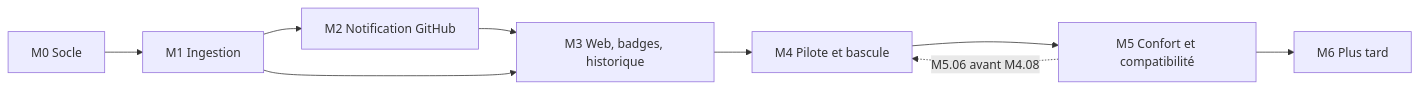
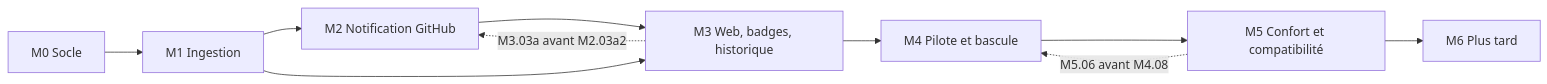
One commit to gaetanthouvenin/code-coverage changed the first of 6 diagrams in docs/PLAN.md. Above: the diagram before and after it, drawn with Mermaid. The commit also changed other lines of this file and 3 other files, not shown here.

````diff
--- a/docs/PLAN.md
+++ b/docs/PLAN.md
@@ -111,11 +117,12 @@
 ```mermaid
 graph LR
   M0["M0 Socle"] --> M1["M1 Ingestion"]
   M1 --> M2["M2 Notification GitHub"]
   M2 --> M3["M3 Web, badges, historique"]
   M1 --> M3
   M3 --> M4["M4 Pilote et bascule"]
   M4 --> M5["M5 Confort et compatibilité"]
   M5 -. "M5.06 avant M4.08" .-> M4
+  M3 -. "M3.03a avant M2.03a2" .-> M2
   M5 --> M6["M6 Plus tard"]
 ```
````
